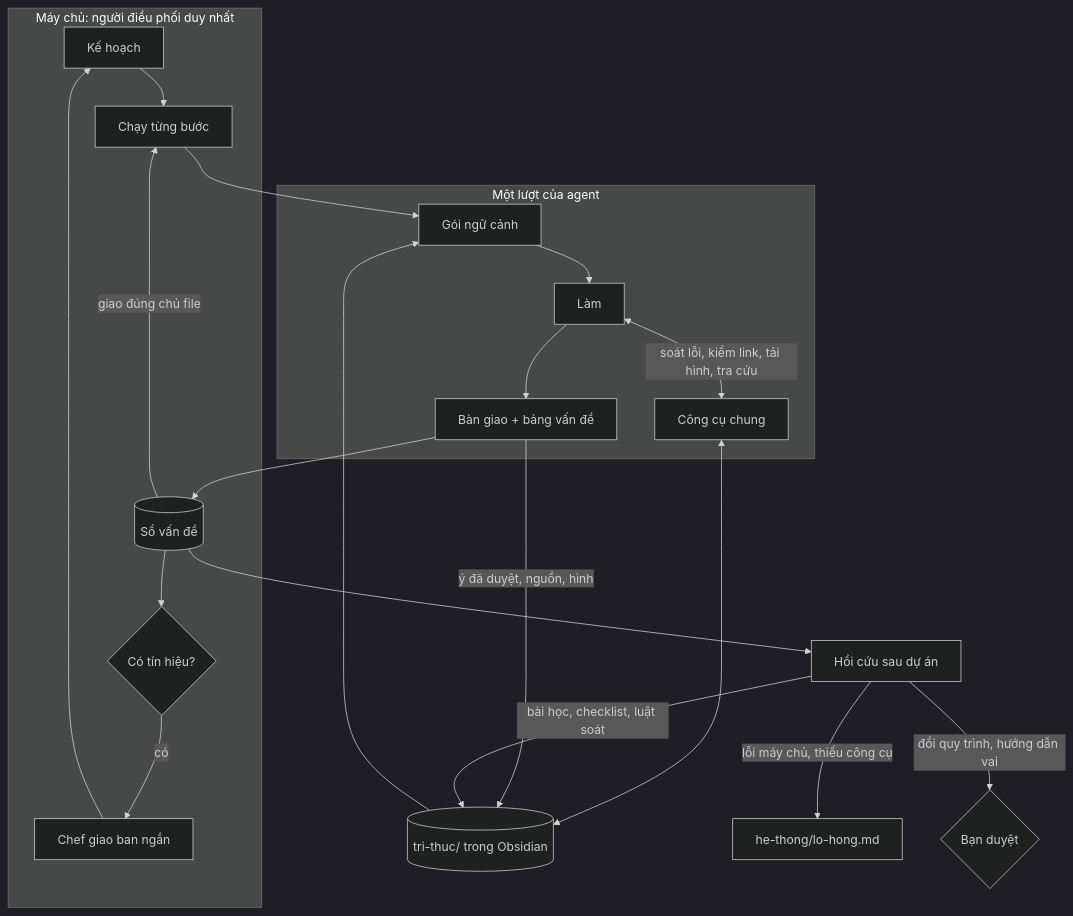
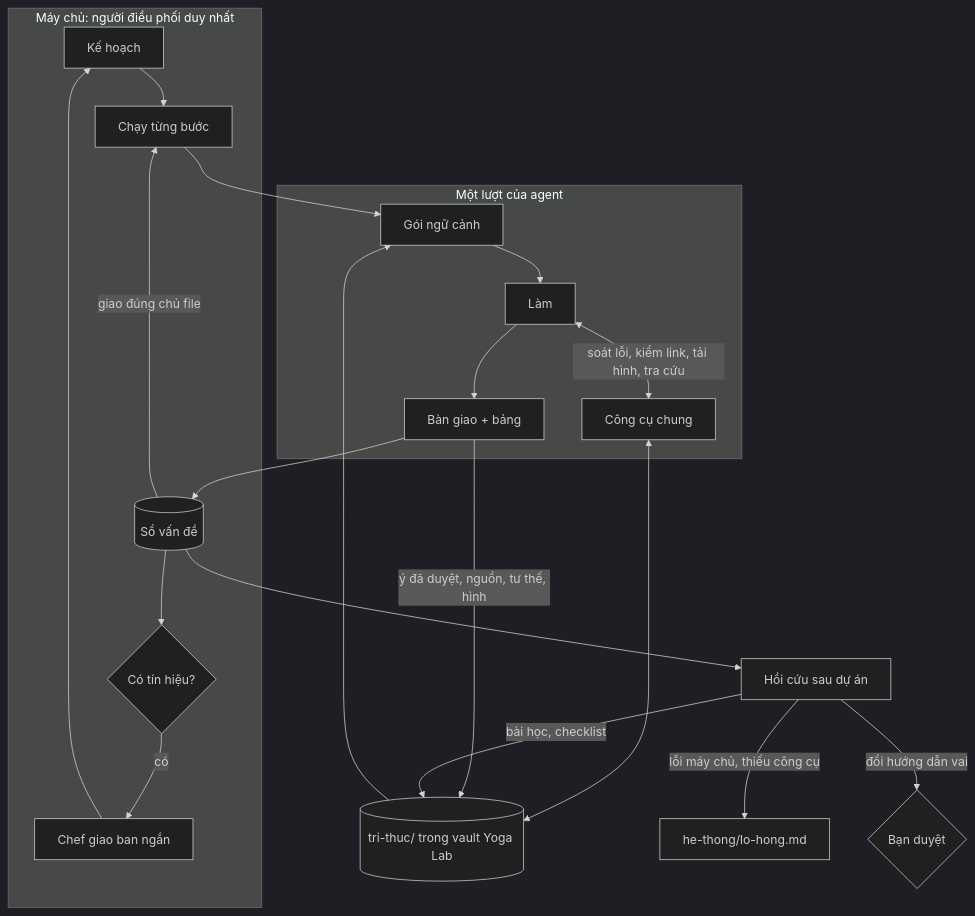
Before and after one commit to TranThinh96/yoga-lab-pixel: the diagram in docs/ke-hoach-tri-nao.md, drawn with Mermaid (dark theme). The commit also changed other lines of this file and 17 other files, not shown here.

````diff
--- a/docs/ke-hoach-tri-nao.md
+++ b/docs/ke-hoach-tri-nao.md
@@ -115,23 +130,23 @@
 ```mermaid
 flowchart TB
   subgraph MayChu[Máy chủ: người điều phối duy nhất]
     KH[Kế hoạch] --> CHAY[Chạy từng bước]
     SVD[(Sổ vấn đề)] -->|giao đúng chủ file| CHAY
     SVD --> GB{Có tín hiệu?}
     GB -->|có| CHEF[Chef giao ban ngắn] --> KH
   end
   subgraph Luot[Một lượt của agent]
     GOI[Gói ngữ cảnh] --> LAM[Làm]
     LAM <-->|soát lỗi, kiểm link, tải hình, tra cứu| CC[Công cụ chung]
-    LAM --> BG[Bàn giao + bảng vấn đề]
+    LAM --> BG[Bàn giao + bảng]
   end
   CHAY --> GOI
   BG --> SVD
-  TT[(tri-thuc/ trong Obsidian)] --> GOI
+  TT[(tri-thuc/ trong vault Yoga Lab)] --> GOI
   CC <--> TT
-  BG -->|ý đã duyệt, nguồn, hình| TT
+  BG -->|ý đã duyệt, nguồn, tư thế, hình| TT
   SVD --> HC[Hồi cứu sau dự án]
-  HC -->|bài học, checklist, luật soát| TT
+  HC -->|bài học, checklist| TT
   HC -->|lỗi máy chủ, thiếu công cụ| LH[he-thong/lo-hong.md]
-  HC -->|đổi quy trình, hướng dẫn vai| DUYET{Bạn duyệt}
+  HC -->|đổi hướng dẫn vai| DUYET{Bạn duyệt}
 ```
````
